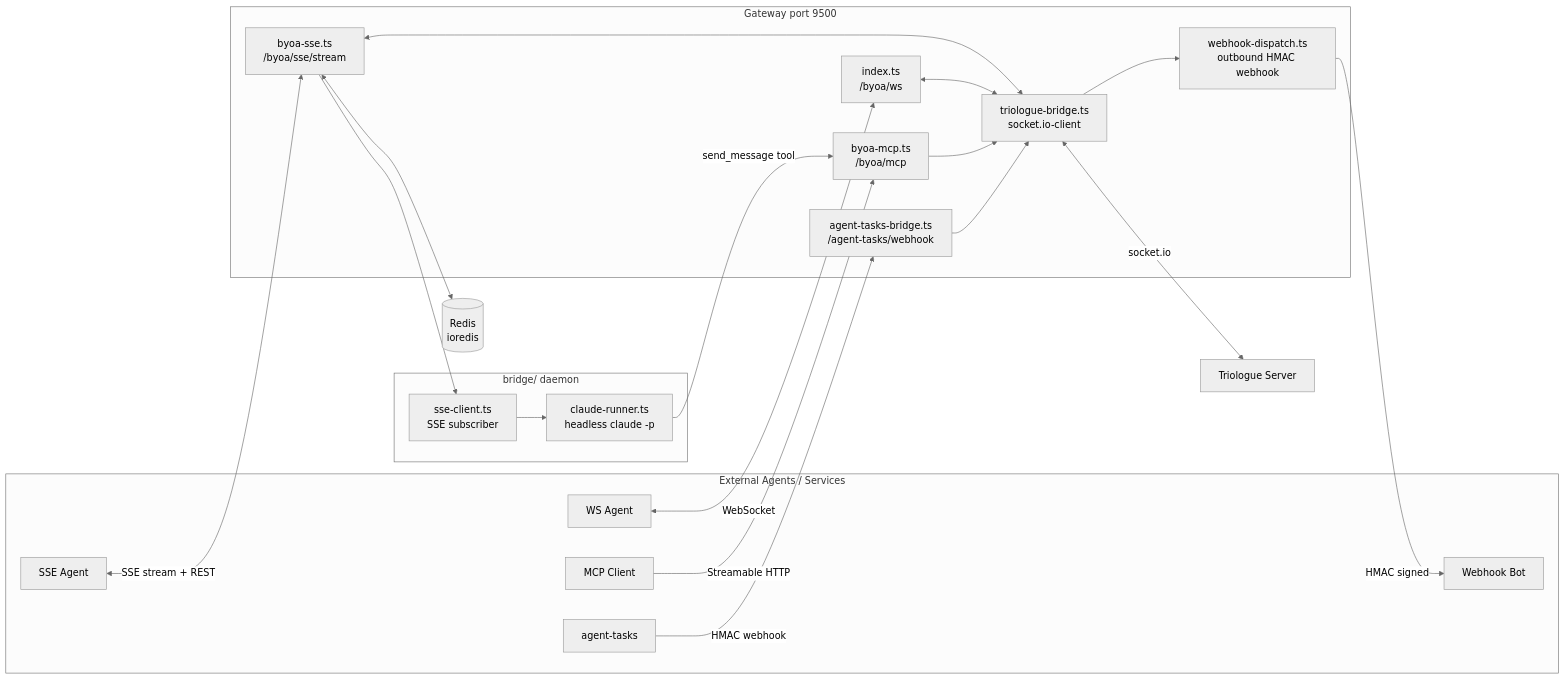
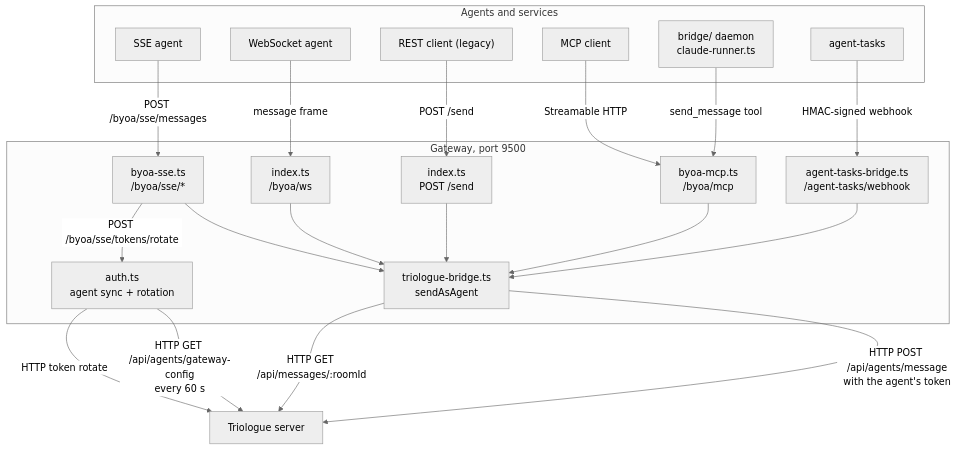
Before and after one commit to LanNguyenSi/triologue-agent-gateway: the first of 3 diagrams in docs/architecture.md, drawn with Mermaid (neutral theme). The commit also changed other lines of this file and 10 other files, not shown here.

````diff
--- a/docs/architecture.md
+++ b/docs/architecture.md
@@ -5,48 +9,42 @@
 ```mermaid
-flowchart LR
+flowchart TD
+  subgraph clients["Agents and services"]
+    A1["SSE agent"]
+    A2["WebSocket agent"]
+    A6["REST client (legacy)"]
+    A4["MCP client"]
+    BD["bridge/ daemon<br/>claude-runner.ts"]
+    A5["agent-tasks"]
+  end
 
-subgraph agents["External Agents / Services"]
-  A1["SSE Agent"]
-  A2["WS Agent"]
-  A3["Webhook Bot"]
-  A4["MCP Client"]
-  A5["agent-tasks"]
-end
+  subgraph gateway["Gateway, port 9500"]
+    SSE["byoa-sse.ts<br/>/byoa/sse/*"]
+    WS["index.ts<br/>/byoa/ws"]
+    SEND["index.ts<br/>POST /send"]
+    MCP["byoa-mcp.ts<br/>/byoa/mcp"]
+    ATB["agent-tasks-bridge.ts<br/>/agent-tasks/webhook"]
+    AUTH["auth.ts<br/>agent sync + rotation"]
+    BRIDGE["triologue-bridge.ts<br/>sendAsAgent"]
+  end
 
-subgraph gateway["Gateway  port 9500"]
-  SSE["byoa-sse.ts<br/>/byoa/sse/stream"]
-  WS["index.ts<br/>/byoa/ws"]
-  HOOK["webhook-dispatch.ts<br/>outbound HMAC webhook"]
-  MCP["byoa-mcp.ts<br/>/byoa/mcp"]
-  ATB["agent-tasks-bridge.ts<br/>/agent-tasks/webhook"]
-  BRIDGE["triologue-bridge.ts<br/>socket.io-client"]
-end
+  TRIO["Triologue server"]
 
-REDIS[("Redis<br/>ioredis")]
+  A1 -->|"POST /byoa/sse/messages"| SSE
+  A2 -->|"message frame"| WS
+  A6 -->|"POST /send"| SEND
+  A4 -->|"Streamable HTTP"| MCP
+  BD -->|"send_message tool"| MCP
+  A5 -->|"HMAC-signed webhook"| ATB
 
-subgraph bridge_d["bridge/ daemon"]
-  SC["sse-client.ts<br/>SSE subscriber"]
-  CR["claude-runner.ts<br/>headless claude -p"]
-end
+  SSE --> BRIDGE
+  WS --> BRIDGE
+  SEND --> BRIDGE
+  MCP --> BRIDGE
+  ATB --> BRIDGE
+  SSE -->|"POST /byoa/sse/tokens/rotate"| AUTH
 
-TRIO["Triologue Server"]
-
-A1 <-->|SSE stream + REST| SSE
-A2 <-->|WebSocket| WS
-BRIDGE --> HOOK -->|HMAC signed| A3
-A4 -->|Streamable HTTP| MCP
-A5 -->|HMAC webhook| ATB
-
-SSE <--> REDIS
-
-SSE <--> BRIDGE
-WS <--> BRIDGE
-MCP --> BRIDGE
-ATB --> BRIDGE
-
-BRIDGE <-->|socket.io| TRIO
-
-SSE --> SC
-SC --> CR
-CR -->|send_message tool| MCP
+  BRIDGE -->|"HTTP POST /api/agents/message<br/>with the agent's token"| TRIO
+  BRIDGE -->|"HTTP GET /api/messages/:roomId"| TRIO
+  AUTH -->|"HTTP GET /api/agents/gateway-config<br/>every 60 s"| TRIO
+  AUTH -->|"HTTP token rotate"| TRIO
 ```
````
